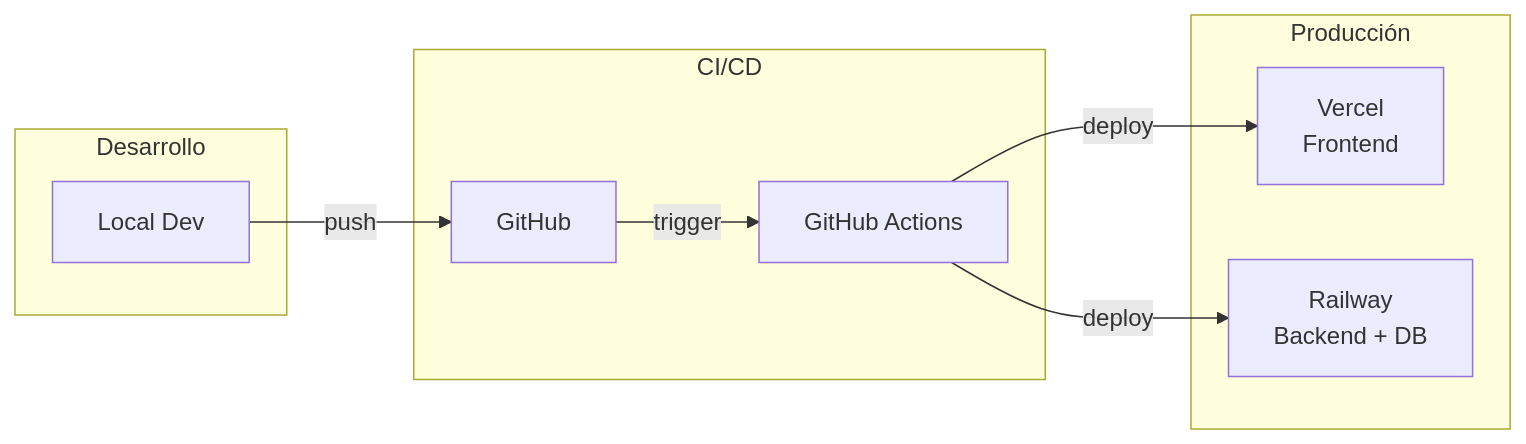
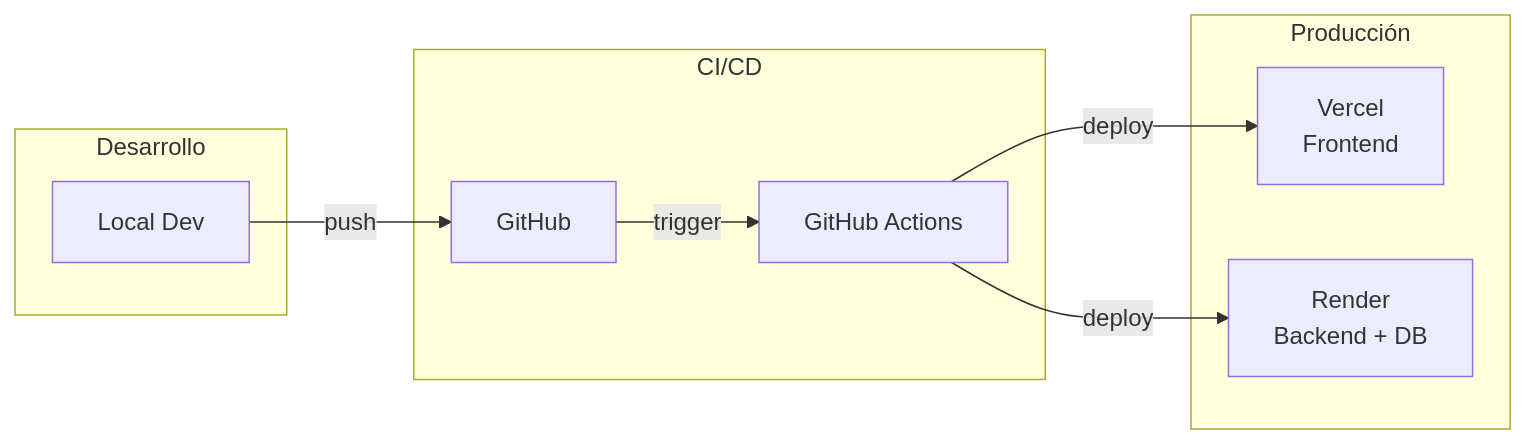
Before and after one commit to CarlosSJM/COLMENAPP: the second of 3 diagrams in README.md, drawn with Mermaid. The commit also changed other lines of this file and 4 other files, not shown here.

````diff
--- a/README.md
+++ b/README.md
@@ -278,21 +277,21 @@
 ```mermaid
 graph LR
     subgraph "Desarrollo"
         DEV[Local Dev]
     end
 
     subgraph "CI/CD"
         GH[GitHub]
         GHA[GitHub Actions]
     end
 
     subgraph "Producción"
         VERCEL[Vercel<br/>Frontend]
-        RAILWAY[Railway<br/>Backend + DB]
+        RENDER[Render<br/>Backend + DB]
     end
 
     DEV -->|push| GH
     GH -->|trigger| GHA
     GHA -->|deploy| VERCEL
-    GHA -->|deploy| RAILWAY
+    GHA -->|deploy| RENDER
 ```
````
